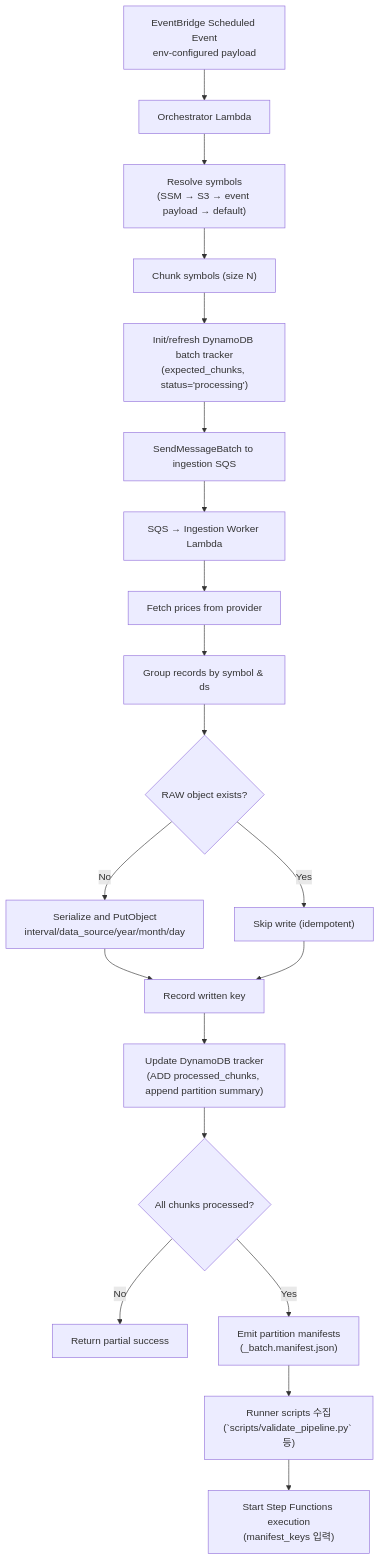
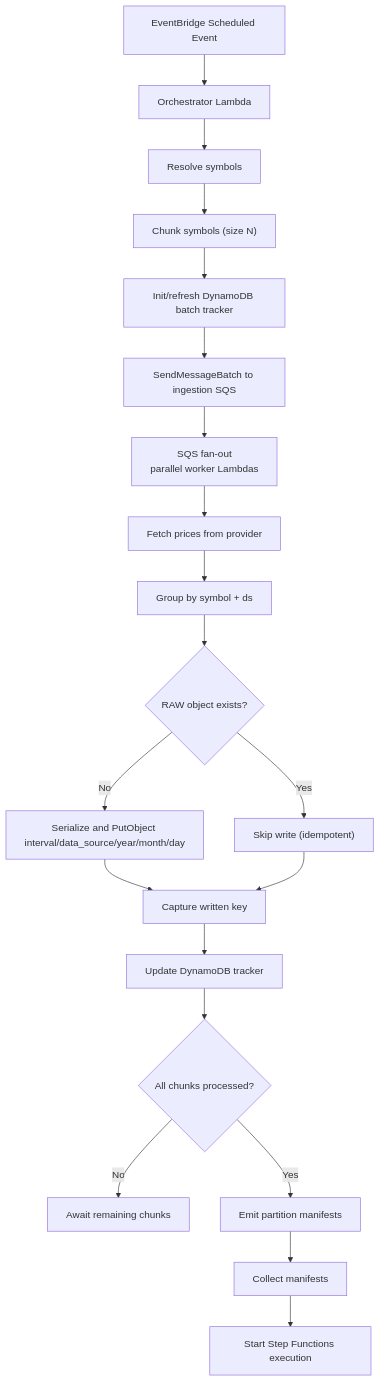
The diagram in docs/diagrams/extract/02-flow.md (keemgdeok/fin-forge-pipeline), drawn with Mermaid before and after one commit. The commit also changed 10 other files, not shown here.

Commit message:
feat: update docs extract diagrams

````diff
--- a/docs/diagrams/extract/02-flow.md
+++ b/docs/diagrams/extract/02-flow.md
@@ -1,23 +1,23 @@
 ```mermaid
 flowchart TD
-  A["EventBridge Scheduled Event<br/>env-configured payload"] --> B["Orchestrator Lambda"]
-  B --> C["Resolve symbols<br/>(SSM → S3 → event payload → default)"]
+  A["EventBridge Scheduled Event"] --> B["Orchestrator Lambda"]
+  B --> C["Resolve symbols"]
   C --> D["Chunk symbols (size N)"]
-  D --> E["Init/refresh DynamoDB batch tracker\n(expected_chunks, status='processing')"]
+  D --> E["Init/refresh DynamoDB batch tracker"]
   E --> F["SendMessageBatch to ingestion SQS"]
-  F --> G["SQS → Ingestion Worker Lambda"]
+  F --> G["SQS fan-out<br/>parallel worker Lambdas"]
   G --> H["Fetch prices from provider"]
-  H --> I["Group records by symbol & ds"]
+  H --> I["Group by symbol + ds"]
   I --> J{RAW object exists?}
   J -->|Yes| K["Skip write (idempotent)"]
-  J -->|No| L["Serialize and PutObject\ninterval/data_source/year/month/day"]
-  L --> M["Record written key"]
+  J -->|No| L["Serialize and PutObject <br>interval/data_source/year/month/day"]
+  L --> M["Capture written key"]
   K --> M
-  M --> N["Update DynamoDB tracker\n(ADD processed_chunks, append partition summary)"]
+  M --> N["Update DynamoDB tracker"]
   N --> O{All chunks processed?}
-  O -->|No| P["Return partial success"]
-  O -->|Yes| Q["Emit partition manifests\n(_batch.manifest.json)"]
-  Q --> R["Runner scripts 수집\n(`scripts/validate_pipeline.py` 등)"]
-  R --> S["Start Step Functions execution\n(manifest_keys 입력)"]
+  O -->|No| P["Await remaining chunks"]
+  O -->|Yes| Q["Emit partition manifests"]
+  Q --> R["Collect manifests"]
+  R --> S["Start Step Functions execution"]
 
 ```
````
